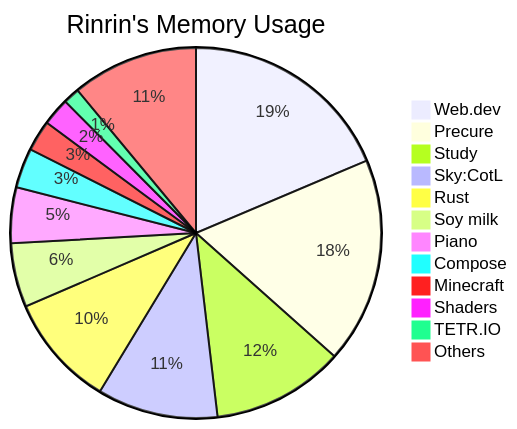
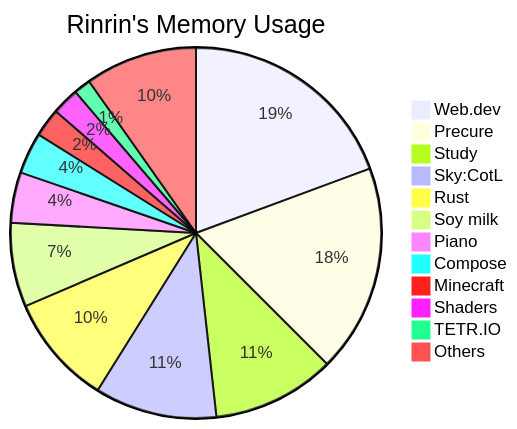
One commit to Rinrin0413/Rinrin0413 changed the diagram in README.md. Above: the diagram before and after it, drawn with Mermaid.

Commit message:
🛠 Update: Rinrin's Memory Usage

````diff
--- a/README.md
+++ b/README.md
@@ -75,15 +75,15 @@
 ```mermaid
 pie title Rinrin's Memory Usage
-    "Web.dev": 456
-    "Precure": 440
-    "Study": 283
-    "Sky:CotL": 258
+    "Web.dev": 483
+    "Precure": 453
+    "Study": 268
+    "Sky:CotL": 266
     "Rust": 241
-    "Soy milk": 137
-    "Piano": 119
-    "Compose": 85
-    "Minecraft": 66
+    "Soy milk": 183
+    "Piano": 110
+    "Compose": 90
+    "Minecraft": 62
     "Shaders": 59
-    "TETR.IO": 35
-    "Others": 270
+    "TETR.IO": 37
+    "Others": 244
 ```
````
